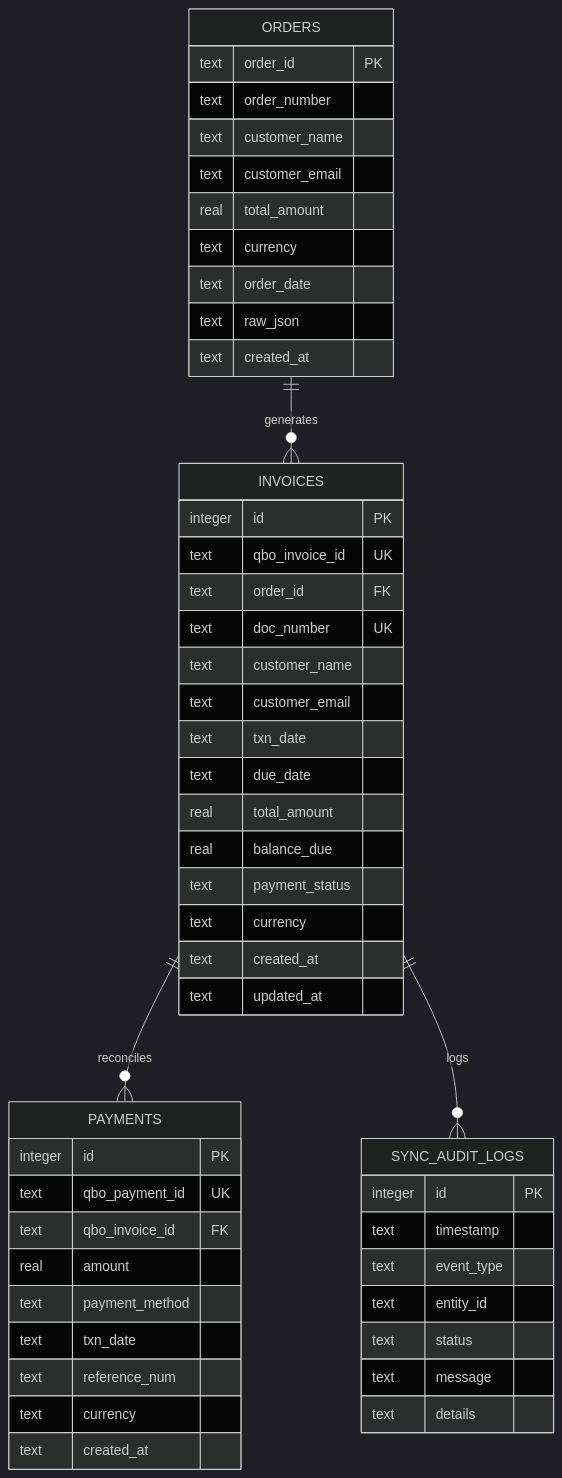
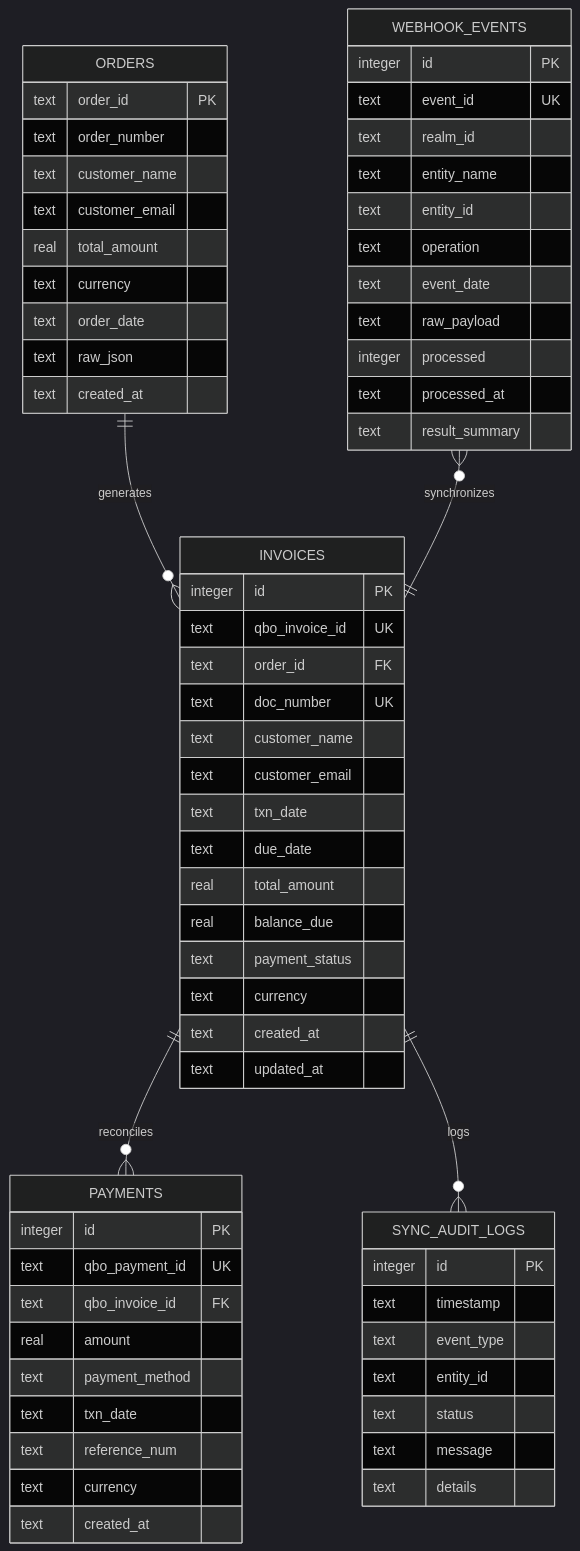
One commit to breakingthebot/quickbooks-invoice-generator-build131 changed the second of 2 diagrams in README.md. Above: the diagram before and after it, drawn with Mermaid (dark theme). The commit also changed other lines of this file and 15 other files, not shown here.

````diff
--- a/README.md
+++ b/README.md
@@ -30,57 +36,72 @@
 ```mermaid
 erDiagram
     ORDERS ||--o{ INVOICES : "generates"
     INVOICES ||--o{ PAYMENTS : "reconciles"
     INVOICES ||--o{ SYNC_AUDIT_LOGS : "logs"
+    WEBHOOK_EVENTS }o--|| INVOICES : "synchronizes"
 
     ORDERS {
         text order_id PK
         text order_number
         text customer_name
         text customer_email
         real total_amount
         text currency
         text order_date
         text raw_json
         text created_at
     }
 
     INVOICES {
         integer id PK
         text qbo_invoice_id UK
         text order_id FK
         text doc_number UK
         text customer_name
         text customer_email
         text txn_date
         text due_date
         real total_amount
         real balance_due
         text payment_status
         text currency
         text created_at
         text updated_at
     }
 
     PAYMENTS {
         integer id PK
         text qbo_payment_id UK
         text qbo_invoice_id FK
         real amount
         text payment_method
         text txn_date
         text reference_num
         text currency
         text created_at
     }
 
+    WEBHOOK_EVENTS {
+        integer id PK
+        text event_id UK
+        text realm_id
+        text entity_name
+        text entity_id
+        text operation
+        text event_date
+        text raw_payload
+        integer processed
+        text processed_at
+        text result_summary
+    }
+
     SYNC_AUDIT_LOGS {
         integer id PK
         text timestamp
         text event_type
         text entity_id
         text status
         text message
         text details
     }
 ```
````
